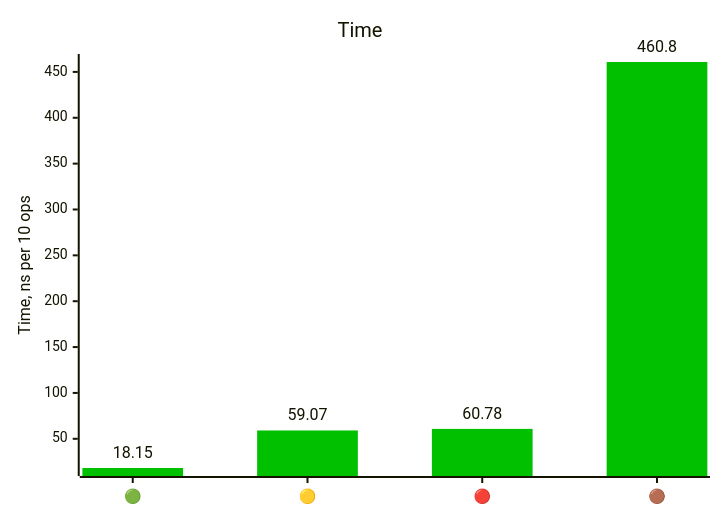
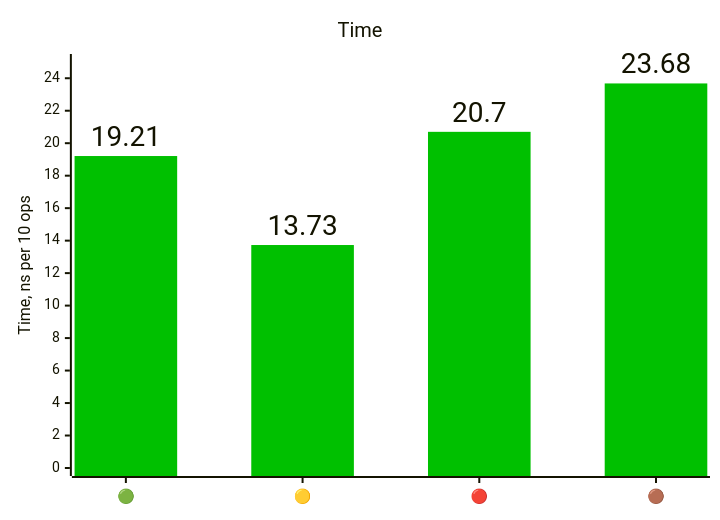
One commit to mail2nnv/ternary changed the diagram in bench/bench-2026-10-07.md. Above: the diagram before and after it, drawn with Mermaid. The commit also changed other lines of this file and 7 other files, not shown here.

````diff
--- a/bench/bench-2026-10-07.md
+++ b/bench/bench-2026-10-07.md
@@ -45,17 +45,17 @@
 ```mermaid
 ---
 config:
     xyChart:
         showDataLabel: true
         showDataLabelOutsideBar: true
     themeVariables:
         xyChart:
             plotColorPalette: "#00C000, #f0f000, #f00000, #804020, "
 ---
 
 xychart-beta
   title "Time"
   x-axis "" ["🟢", "🟡", "🔴", "🟤"]
-  y-axis "Time, ns per 10 ops"
-  bar [18.15, 59.07, 60.78, 460.8]
+  y-axis "Time, ns per 10 ops" 0-->25
+  bar [19.21, 13.73, 20.70, 23.68]
 ```
````
